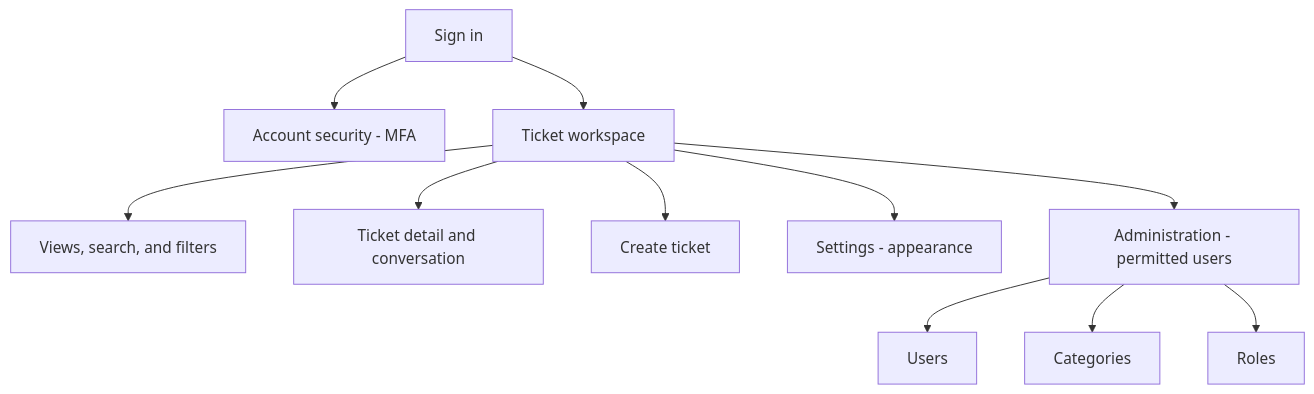
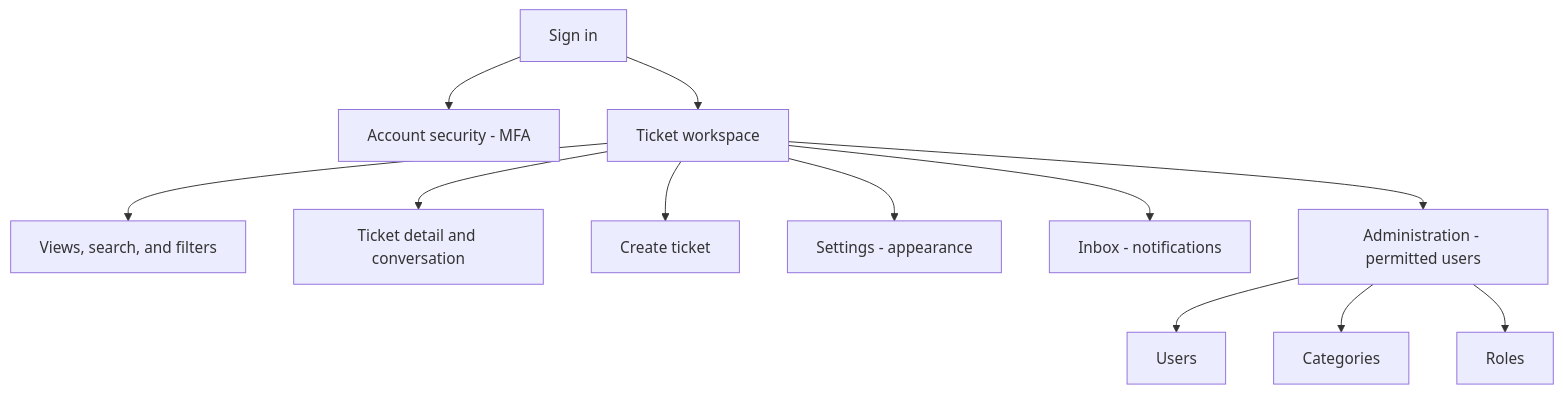
Before and after one commit to Mystery2099/capstone-ticket-system: the diagram in docs/diagrams/site-map.mmd, drawn with Mermaid. The commit also changed 5 other files, not shown here.

Commit message:
docs: document ticket followers, notifications, and the inbox

```diff
--- a/docs/diagrams/site-map.mmd
+++ b/docs/diagrams/site-map.mmd
@@ -1,11 +1,12 @@
 flowchart TD
  Login[Sign in] --> Security[Account security - MFA]
  Login --> Tickets[Ticket workspace]
  Tickets --> Views[Views, search, and filters]
  Tickets --> Detail[Ticket detail and conversation]
  Tickets --> Create[Create ticket]
  Tickets --> Settings[Settings - appearance]
+ Tickets --> Inbox[Inbox - notifications]
  Tickets --> Admin[Administration - permitted users]
  Admin --> Users[Users]
  Admin --> Categories[Categories]
  Admin --> Roles[Roles]
```
